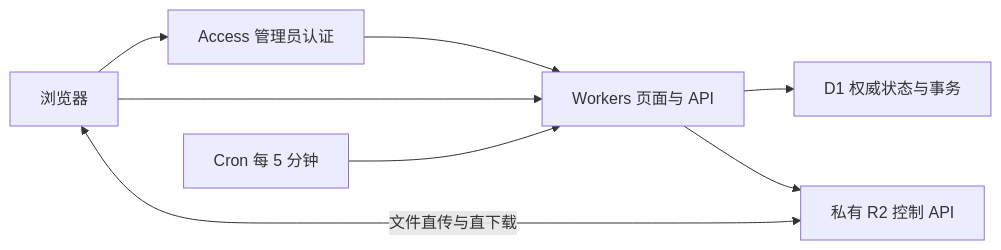
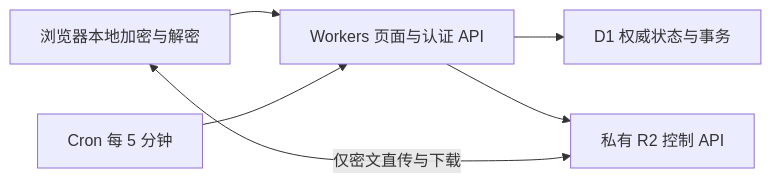
Before and after one commit to hyphy-void/Parcel: the diagram in docs/v3-deployment.md, drawn with Mermaid. The commit also changed other lines of this file and 40 other files, not shown here.

````diff
--- a/docs/v3-deployment.md
+++ b/docs/v3-deployment.md
@@ -5,10 +5,8 @@
 ```mermaid
 flowchart LR
-  Browser[浏览器] --> Access[Access 管理员认证]
-  Access --> Worker[Workers 页面与 API]
-  Browser --> Worker
+  Browser[浏览器本地加密与解密] --> Worker[Workers 页面与认证 API]
   Worker --> D1[D1 权威状态与事务]
   Worker --> R2[私有 R2 控制 API]
-  Browser <-->|文件直传与直下载| R2
+  Browser <-->|仅密文直传与下载| R2
   Cron[Cron 每 5 分钟] --> Worker
 ```
````
